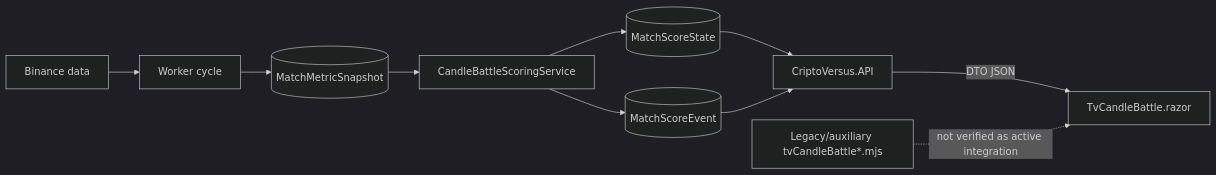
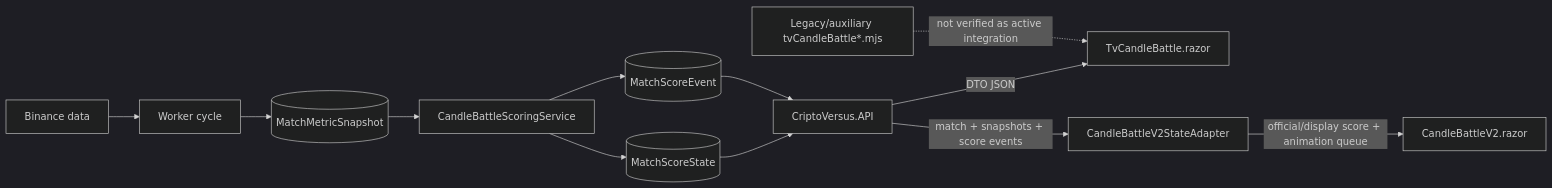
The seventh of 8 diagrams in ARCHITECTURE.md (gigadigito/EthicAI), drawn with Mermaid (dark theme) before and after one commit. The commit also changed other lines of this file and 12 other files, not shown here.

First line of the commit message:
Adiciona novo componente CandleBattleV2

````diff
--- a/ARCHITECTURE.md
+++ b/ARCHITECTURE.md
@@ -485,22 +485,26 @@
 ```mermaid
 flowchart LR
     Market[Binance data]
     Worker[Worker cycle]
     Snapshots[(MatchMetricSnapshot)]
     Service[CandleBattleScoringService]
     State[(MatchScoreState)]
     Events[(MatchScoreEvent)]
     API[CriptoVersus.API]
     Web[TvCandleBattle.razor]
+    V2[CandleBattleV2.razor]
+    Adapter[CandleBattleV2StateAdapter]
     JS[Legacy/auxiliary tvCandleBattle*.mjs]
 
     Market --> Worker
     Worker --> Snapshots
     Snapshots --> Service
     Service --> State
     Service --> Events
     State --> API
     Events --> API
     API -->|DTO JSON| Web
+    API -->|match + snapshots + score events| Adapter
+    Adapter -->|official/display score + animation queue| V2
     JS -. not verified as active integration .-> Web
 ```
````
